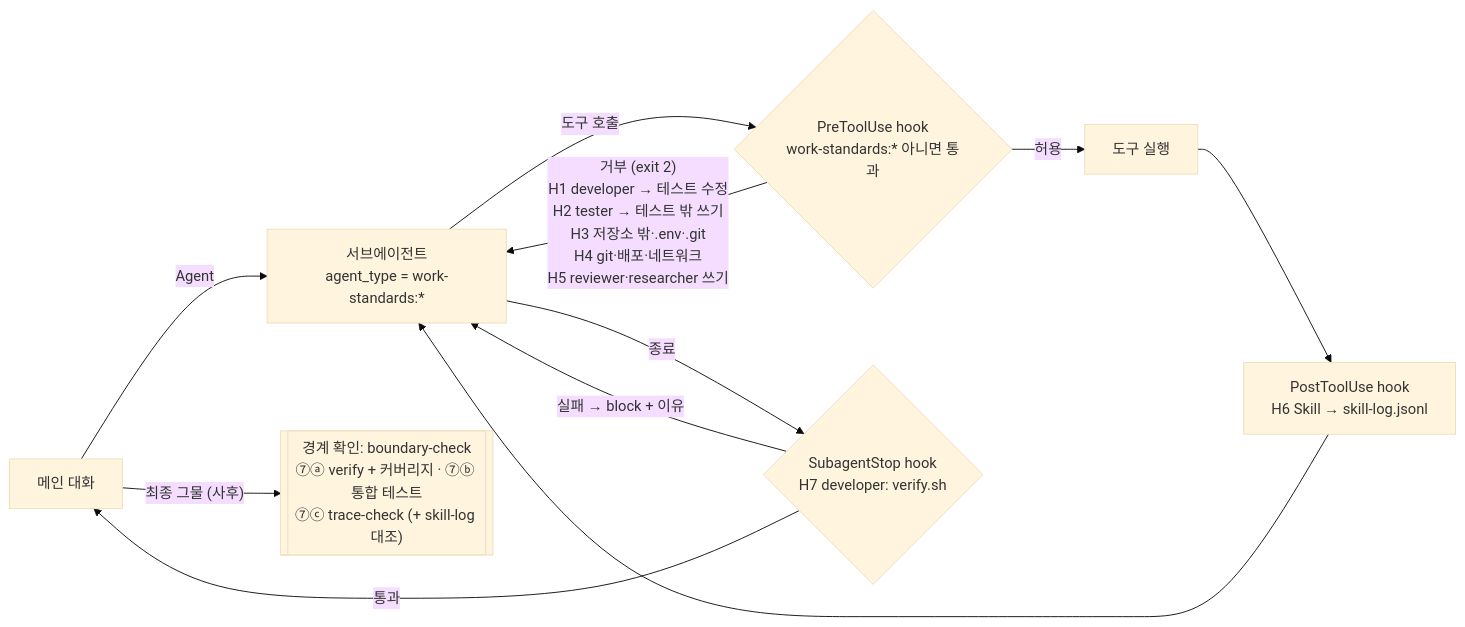
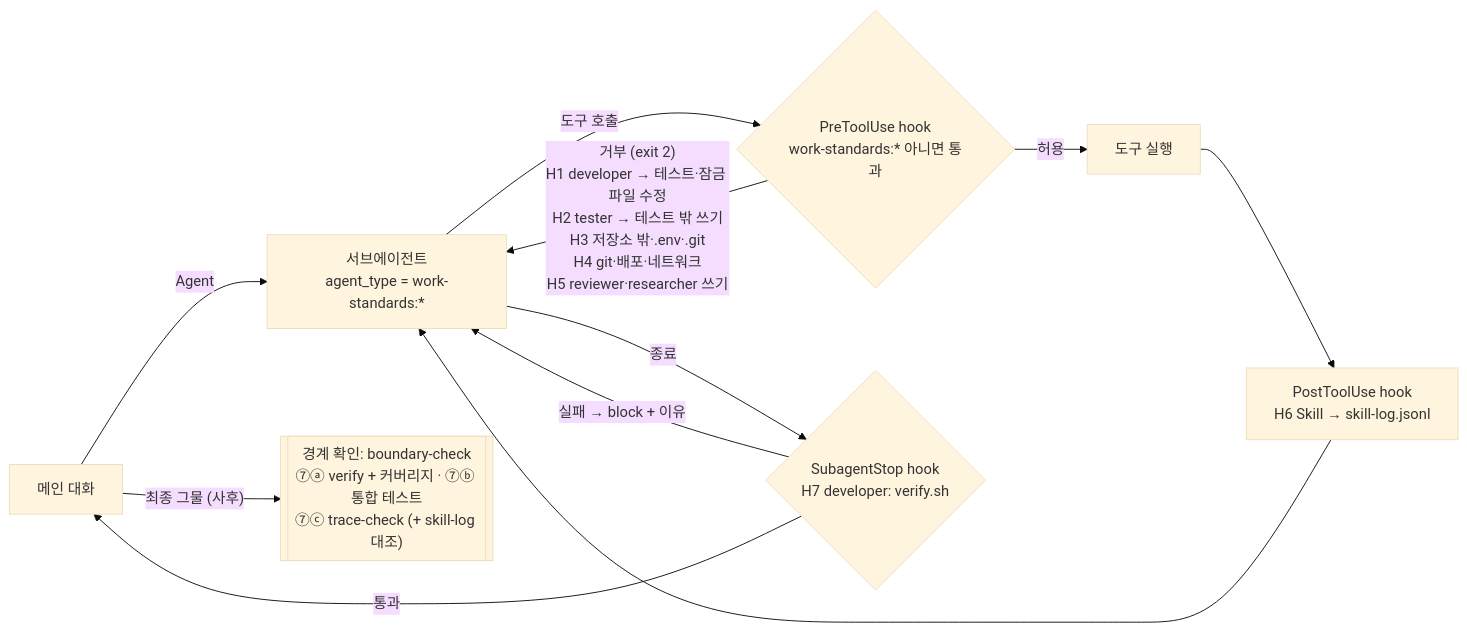
One commit to yarang/skills-for-work changed the diagram in developer/docs/diagrams/hook-enforcement.mmd. Above: the diagram before and after it, drawn with Mermaid (base theme). The commit also changed 9 other files, not shown here.

```diff
--- a/developer/docs/diagrams/hook-enforcement.mmd
+++ b/developer/docs/diagrams/hook-enforcement.mmd
@@ -1,12 +1,12 @@
 %% hook 개입 지점: 호출 전(PreToolUse) 가드레일 + 사후(경계 확인·⑦ 스크립트) 최종 그물
 flowchart LR
   M["메인 대화"] -->|"Agent"| SA["서브에이전트<br/>agent_type = work-standards:*"]
   SA -->|"도구 호출"| PRE{"PreToolUse hook<br/>work-standards:* 아니면 통과"}
-  PRE -- "거부 (exit 2)<br/>H1 developer → 테스트 수정<br/>H2 tester → 테스트 밖 쓰기<br/>H3 저장소 밖·.env·.git<br/>H4 git·배포·네트워크<br/>H5 reviewer·researcher 쓰기" --> SA
+  PRE -- "거부 (exit 2)<br/>H1 developer → 테스트·잠금 파일 수정<br/>H2 tester → 테스트 밖 쓰기<br/>H3 저장소 밖·.env·.git<br/>H4 git·배포·네트워크<br/>H5 reviewer·researcher 쓰기" --> SA
   PRE -- 허용 --> TOOL["도구 실행"]
   TOOL --> POST["PostToolUse hook<br/>H6 Skill → skill-log.jsonl"]
   POST --> SA
   SA -->|"종료"| STOP{"SubagentStop hook<br/>H7 developer: verify.sh"}
   STOP -- "실패 → block + 이유" --> SA
   STOP -- 통과 --> M
   M -->|"최종 그물 (사후)"| VER[["경계 확인: boundary-check<br/>⑦ⓐ verify + 커버리지 · ⑦ⓑ 통합 테스트<br/>⑦ⓒ trace-check (+ skill-log 대조)"]]
```
